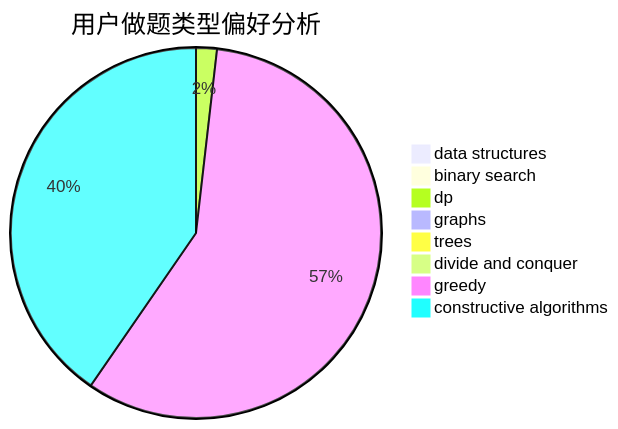
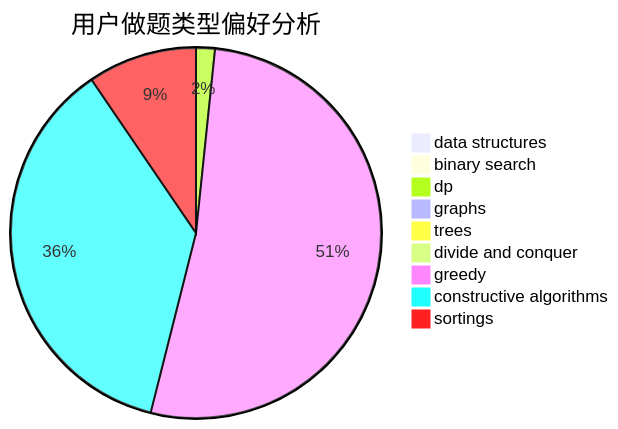
The second of 3 diagrams in docs/user/u588.md (sherpahu/cfrs.github.io), drawn with Mermaid before and after one commit. The commit also changed other lines of this file and 2769 other files, not shown here.

````diff
--- a/docs/user/u588.md
+++ b/docs/user/u588.md
@@ -23,11 +18,12 @@
 ```mermaid
 pie title 用户做题类型偏好分析
     "data structures" :  1
     "binary search" :  6
     "dp" :  14
     "graphs" :  5
     "trees" :  0
     "divide and conquer" :  2
     "greedy" :  445
     "constructive algorithms" :  311
+    "sortings" :  81
 ```
````
